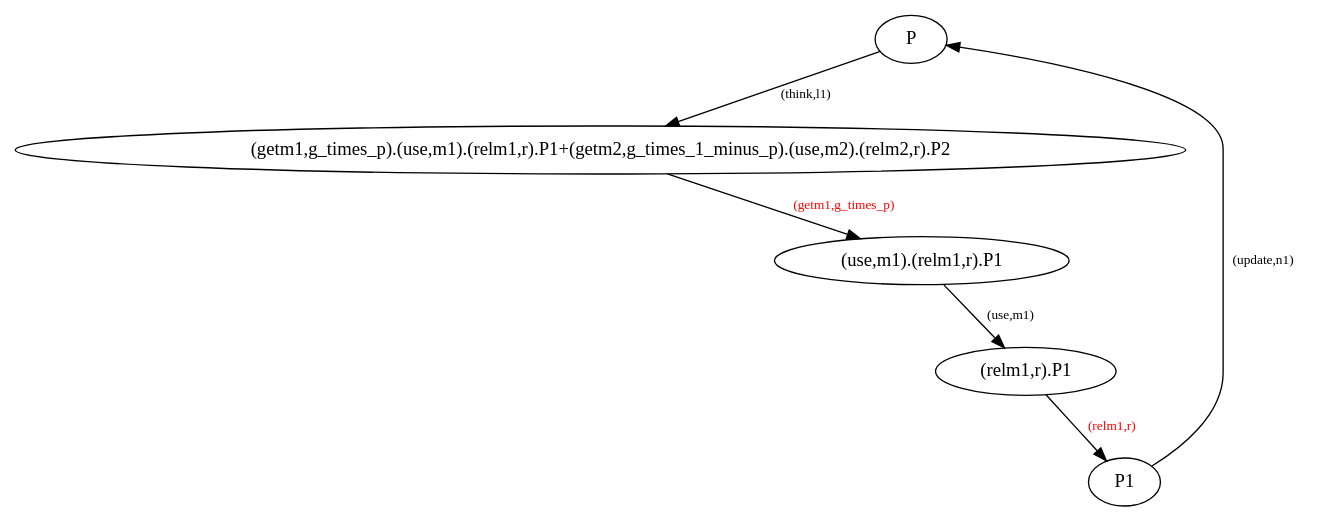
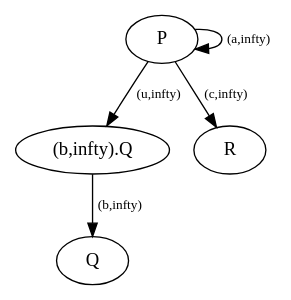
Before and after one commit to tdi/pyPEPA: the diagram in pepa_parser/dots/P.dot, drawn with Graphviz. The commit also changed 5 other files, not shown here.

```diff
--- a/pepa_parser/dots/P.dot
+++ b/pepa_parser/dots/P.dot
@@ -1,7 +1,6 @@
 digraph P{
-"P" -> "(getm1,g_times_p).(use,m1).(relm1,r).P1+(getm2,g_times_1_minus_p).(use,m2).(relm2,r).P2" [label="(think,l1)" fontsize=10]
-"(getm1,g_times_p).(use,m1).(relm1,r).P1+(getm2,g_times_1_minus_p).(use,m2).(relm2,r).P2" -> "(use,m1).(relm1,r).P1" [label="(getm1,g_times_p)"                 fontsize=10, fontcolor=red]
-"(use,m1).(relm1,r).P1" -> "(relm1,r).P1" [label="(use,m1)" fontsize=10]
-"(relm1,r).P1" -> "P1" [label="(relm1,r)"                 fontsize=10, fontcolor=red]
-"P1" -> "P" [label="(update,n1)" fontsize=10]
+"P" -> "P" [label="(a,infty)" fontsize=10]
+"P" -> "(b,infty).Q" [label="(u,infty)" fontsize=10]
+"(b,infty).Q" -> "Q" [label="(b,infty)" fontsize=10]
+"P" -> "R" [label="(c,infty)" fontsize=10]
 }
```
